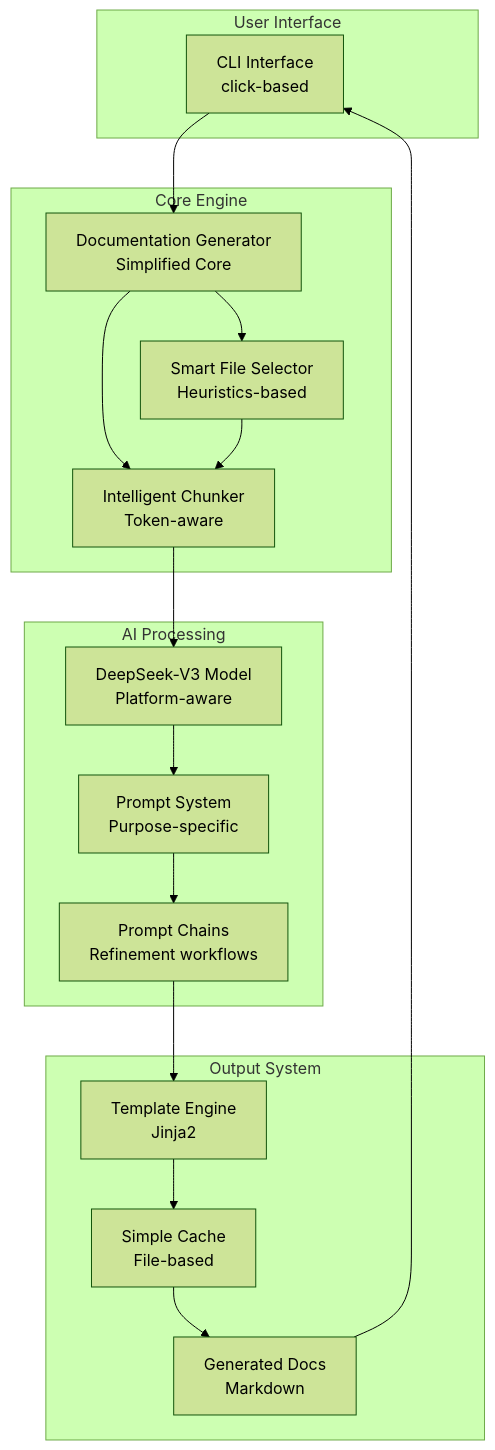
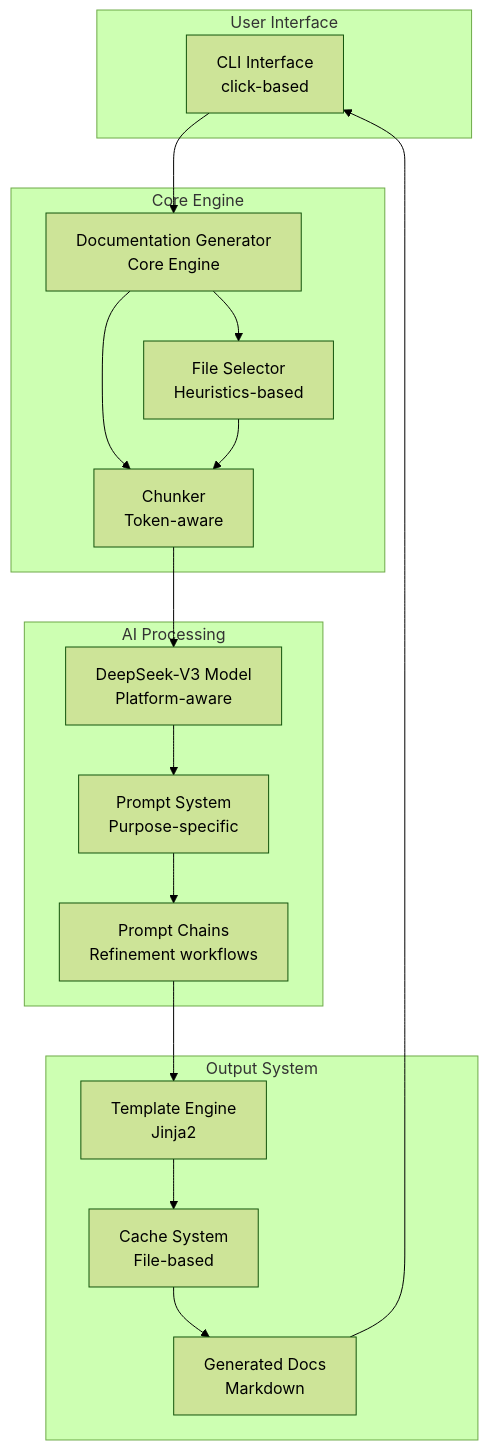
The first of 4 diagrams in docs/architecture.md (ashmere/docgenai), drawn with Mermaid (forest theme) before and after one commit. The commit also changed other lines of this file, not shown here.

First line of the commit message:
docs: update architecture documentation to reflect current clean architecture

````diff
--- a/docs/architecture.md
+++ b/docs/architecture.md
@@ -12,36 +12,36 @@
 ```mermaid
 graph TB
     subgraph "User Interface"
         CLI[CLI Interface<br/>click-based]
     end
 
     subgraph "Core Engine"
-        DG[Documentation Generator<br/>Simplified Core]
-        FS[Smart File Selector<br/>Heuristics-based]
-        IC[Intelligent Chunker<br/>Token-aware]
+        DG[Documentation Generator<br/>Core Engine]
+        FS[File Selector<br/>Heuristics-based]
+        IC[Chunker<br/>Token-aware]
     end
 
     subgraph "AI Processing"
         MODEL[DeepSeek-V3 Model<br/>Platform-aware]
         PROMPTS[Prompt System<br/>Purpose-specific]
         CHAINS[Prompt Chains<br/>Refinement workflows]
     end
 
     subgraph "Output System"
         TEMPLATES[Template Engine<br/>Jinja2]
-        CACHE[Simple Cache<br/>File-based]
+        CACHE[Cache System<br/>File-based]
         OUTPUT[Generated Docs<br/>Markdown]
     end
 
     CLI --> DG
     DG --> FS
     DG --> IC
     FS --> IC
     IC --> MODEL
     MODEL --> PROMPTS
     PROMPTS --> CHAINS
     CHAINS --> TEMPLATES
     TEMPLATES --> CACHE
     CACHE --> OUTPUT
     OUTPUT --> CLI
 ```
````
